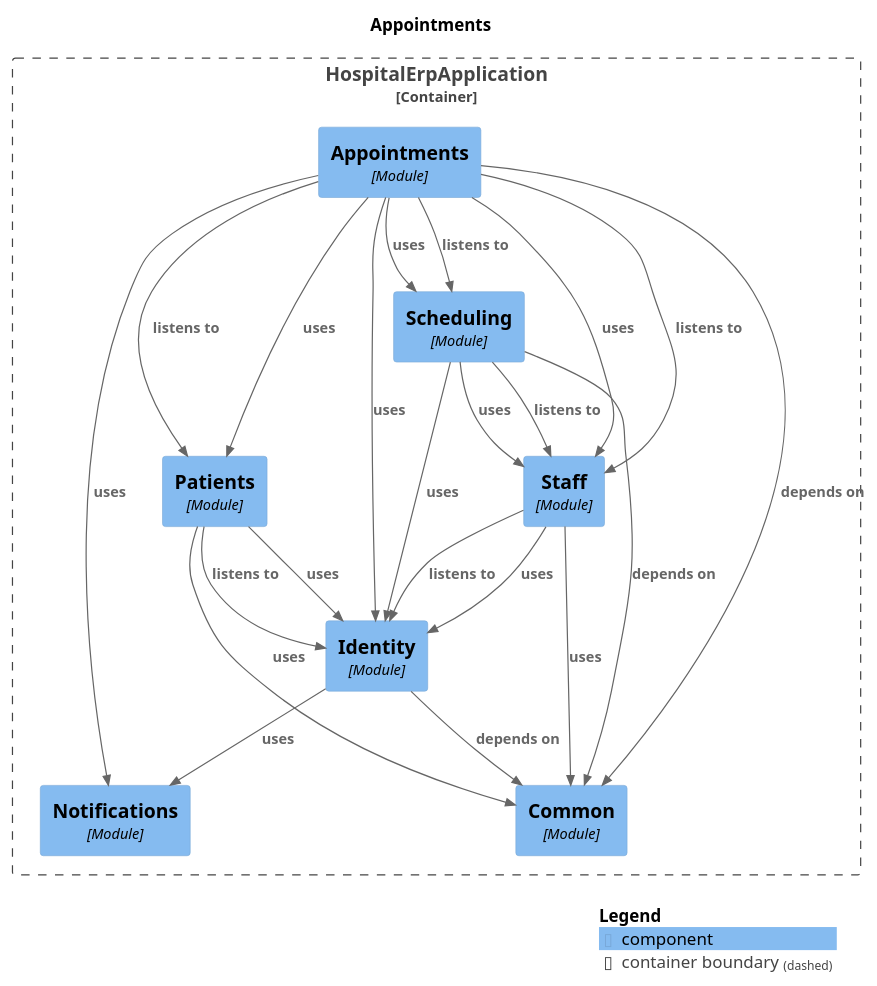
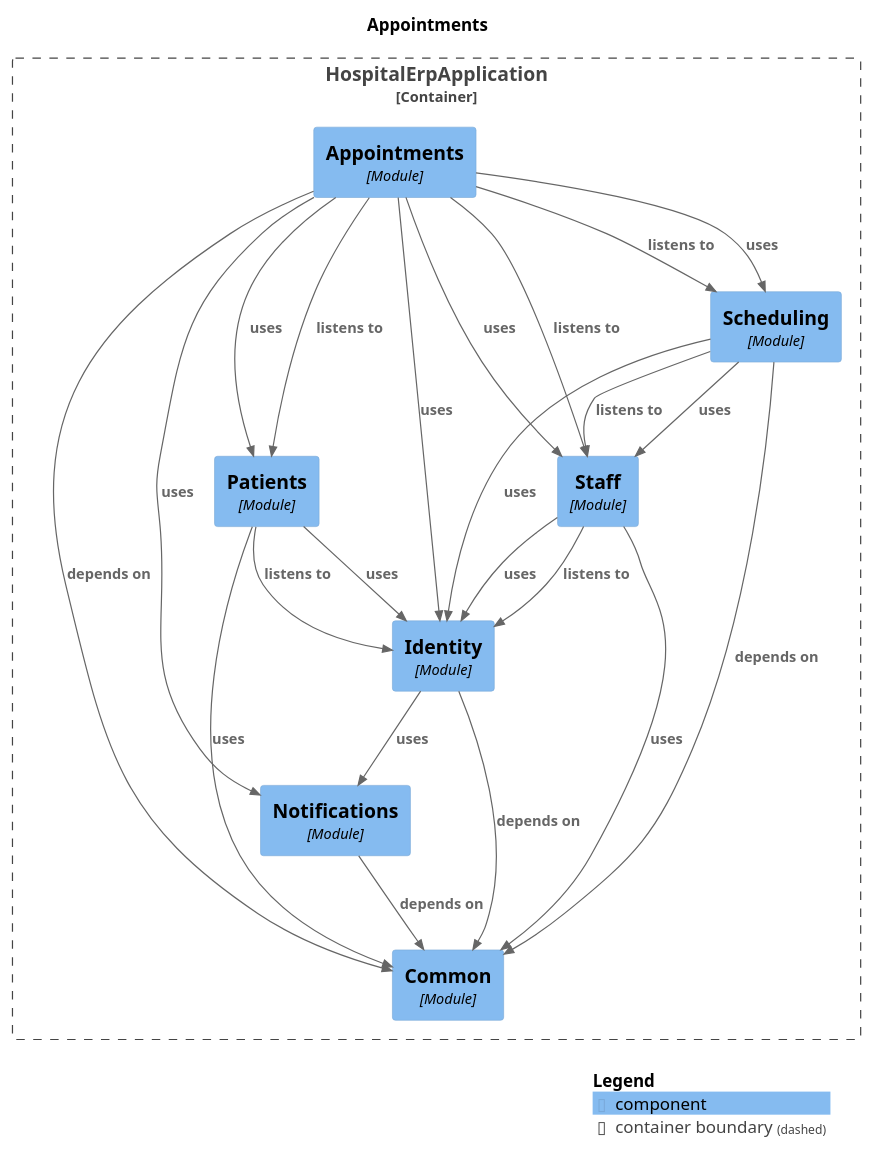
Before and after one commit to harshsharma5720/HospitalERP: the diagram in docs/modules/module-appointments.puml, drawn with PlantUML. The commit also changed 41 other files, not shown here.

```diff
--- a/docs/modules/module-appointments.puml
+++ b/docs/modules/module-appointments.puml
@@ -1,44 +1,45 @@
 @startuml
 set separator none
 title Appointments
 
 top to bottom direction
 
 !include <C4/C4>
 !include <C4/C4_Context>
 !include <C4/C4_Component>
 
 Container_Boundary("HospitalErpApplication.HospitalErpApplication_boundary", "HospitalErpApplication", $tags="") {
+  Component(HospitalErpApplication.HospitalErpApplication.Scheduling, "Scheduling", $techn="Module", $descr="", $tags="", $link="")
   Component(HospitalErpApplication.HospitalErpApplication.Appointments, "Appointments", $techn="Module", $descr="", $tags="", $link="")
   Component(HospitalErpApplication.HospitalErpApplication.Common, "Common", $techn="Module", $descr="", $tags="", $link="")
   Component(HospitalErpApplication.HospitalErpApplication.Notifications, "Notifications", $techn="Module", $descr="", $tags="", $link="")
   Component(HospitalErpApplication.HospitalErpApplication.Identity, "Identity", $techn="Module", $descr="", $tags="", $link="")
   Component(HospitalErpApplication.HospitalErpApplication.Staff, "Staff", $techn="Module", $descr="", $tags="", $link="")
   Component(HospitalErpApplication.HospitalErpApplication.Patients, "Patients", $techn="Module", $descr="", $tags="", $link="")
-  Component(HospitalErpApplication.HospitalErpApplication.Scheduling, "Scheduling", $techn="Module", $descr="", $tags="", $link="")
 }
 
-Rel(HospitalErpApplication.HospitalErpApplication.Staff, HospitalErpApplication.HospitalErpApplication.Identity, "listens to", $techn="", $tags="", $link="")
-Rel(HospitalErpApplication.HospitalErpApplication.Staff, HospitalErpApplication.HospitalErpApplication.Identity, "uses", $techn="", $tags="", $link="")
-Rel(HospitalErpApplication.HospitalErpApplication.Staff, HospitalErpApplication.HospitalErpApplication.Common, "uses", $techn="", $tags="", $link="")
-Rel(HospitalErpApplication.HospitalErpApplication.Scheduling, HospitalErpApplication.HospitalErpApplication.Staff, "listens to", $techn="", $tags="", $link="")
-Rel(HospitalErpApplication.HospitalErpApplication.Scheduling, HospitalErpApplication.HospitalErpApplication.Common, "depends on", $techn="", $tags="", $link="")
-Rel(HospitalErpApplication.HospitalErpApplication.Scheduling, HospitalErpApplication.HospitalErpApplication.Staff, "uses", $techn="", $tags="", $link="")
-Rel(HospitalErpApplication.HospitalErpApplication.Scheduling, HospitalErpApplication.HospitalErpApplication.Identity, "uses", $techn="", $tags="", $link="")
-Rel(HospitalErpApplication.HospitalErpApplication.Identity, HospitalErpApplication.HospitalErpApplication.Common, "depends on", $techn="", $tags="", $link="")
-Rel(HospitalErpApplication.HospitalErpApplication.Identity, HospitalErpApplication.HospitalErpApplication.Notifications, "uses", $techn="", $tags="", $link="")
+Rel(HospitalErpApplication.HospitalErpApplication.Patients, HospitalErpApplication.HospitalErpApplication.Identity, "listens to", $techn="", $tags="", $link="")
+Rel(HospitalErpApplication.HospitalErpApplication.Patients, HospitalErpApplication.HospitalErpApplication.Identity, "uses", $techn="", $tags="", $link="")
+Rel(HospitalErpApplication.HospitalErpApplication.Patients, HospitalErpApplication.HospitalErpApplication.Common, "uses", $techn="", $tags="", $link="")
 Rel(HospitalErpApplication.HospitalErpApplication.Appointments, HospitalErpApplication.HospitalErpApplication.Staff, "listens to", $techn="", $tags="", $link="")
 Rel(HospitalErpApplication.HospitalErpApplication.Appointments, HospitalErpApplication.HospitalErpApplication.Patients, "listens to", $techn="", $tags="", $link="")
 Rel(HospitalErpApplication.HospitalErpApplication.Appointments, HospitalErpApplication.HospitalErpApplication.Scheduling, "listens to", $techn="", $tags="", $link="")
 Rel(HospitalErpApplication.HospitalErpApplication.Appointments, HospitalErpApplication.HospitalErpApplication.Common, "depends on", $techn="", $tags="", $link="")
 Rel(HospitalErpApplication.HospitalErpApplication.Appointments, HospitalErpApplication.HospitalErpApplication.Patients, "uses", $techn="", $tags="", $link="")
 Rel(HospitalErpApplication.HospitalErpApplication.Appointments, HospitalErpApplication.HospitalErpApplication.Staff, "uses", $techn="", $tags="", $link="")
 Rel(HospitalErpApplication.HospitalErpApplication.Appointments, HospitalErpApplication.HospitalErpApplication.Scheduling, "uses", $techn="", $tags="", $link="")
 Rel(HospitalErpApplication.HospitalErpApplication.Appointments, HospitalErpApplication.HospitalErpApplication.Identity, "uses", $techn="", $tags="", $link="")
 Rel(HospitalErpApplication.HospitalErpApplication.Appointments, HospitalErpApplication.HospitalErpApplication.Notifications, "uses", $techn="", $tags="", $link="")
-Rel(HospitalErpApplication.HospitalErpApplication.Patients, HospitalErpApplication.HospitalErpApplication.Identity, "listens to", $techn="", $tags="", $link="")
-Rel(HospitalErpApplication.HospitalErpApplication.Patients, HospitalErpApplication.HospitalErpApplication.Identity, "uses", $techn="", $tags="", $link="")
-Rel(HospitalErpApplication.HospitalErpApplication.Patients, HospitalErpApplication.HospitalErpApplication.Common, "uses", $techn="", $tags="", $link="")
+Rel(HospitalErpApplication.HospitalErpApplication.Notifications, HospitalErpApplication.HospitalErpApplication.Common, "depends on", $techn="", $tags="", $link="")
+Rel(HospitalErpApplication.HospitalErpApplication.Identity, HospitalErpApplication.HospitalErpApplication.Common, "depends on", $techn="", $tags="", $link="")
+Rel(HospitalErpApplication.HospitalErpApplication.Identity, HospitalErpApplication.HospitalErpApplication.Notifications, "uses", $techn="", $tags="", $link="")
+Rel(HospitalErpApplication.HospitalErpApplication.Staff, HospitalErpApplication.HospitalErpApplication.Identity, "listens to", $techn="", $tags="", $link="")
+Rel(HospitalErpApplication.HospitalErpApplication.Staff, HospitalErpApplication.HospitalErpApplication.Identity, "uses", $techn="", $tags="", $link="")
+Rel(HospitalErpApplication.HospitalErpApplication.Staff, HospitalErpApplication.HospitalErpApplication.Common, "uses", $techn="", $tags="", $link="")
+Rel(HospitalErpApplication.HospitalErpApplication.Scheduling, HospitalErpApplication.HospitalErpApplication.Staff, "listens to", $techn="", $tags="", $link="")
+Rel(HospitalErpApplication.HospitalErpApplication.Scheduling, HospitalErpApplication.HospitalErpApplication.Common, "depends on", $techn="", $tags="", $link="")
+Rel(HospitalErpApplication.HospitalErpApplication.Scheduling, HospitalErpApplication.HospitalErpApplication.Staff, "uses", $techn="", $tags="", $link="")
+Rel(HospitalErpApplication.HospitalErpApplication.Scheduling, HospitalErpApplication.HospitalErpApplication.Identity, "uses", $techn="", $tags="", $link="")
 
 SHOW_LEGEND(true)
 @enduml
```
